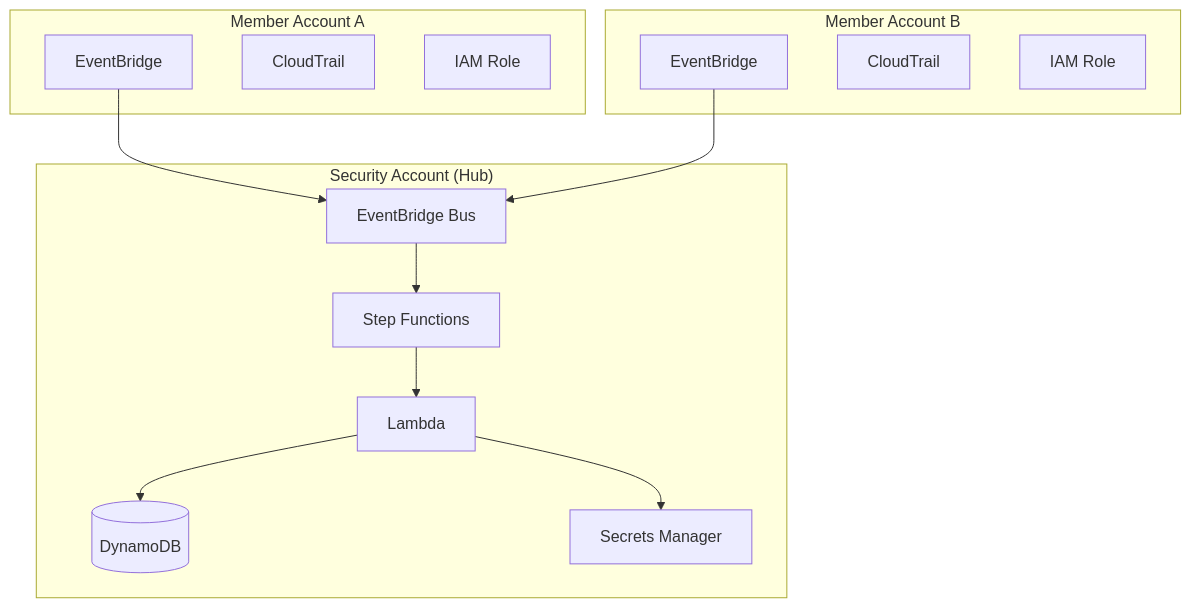
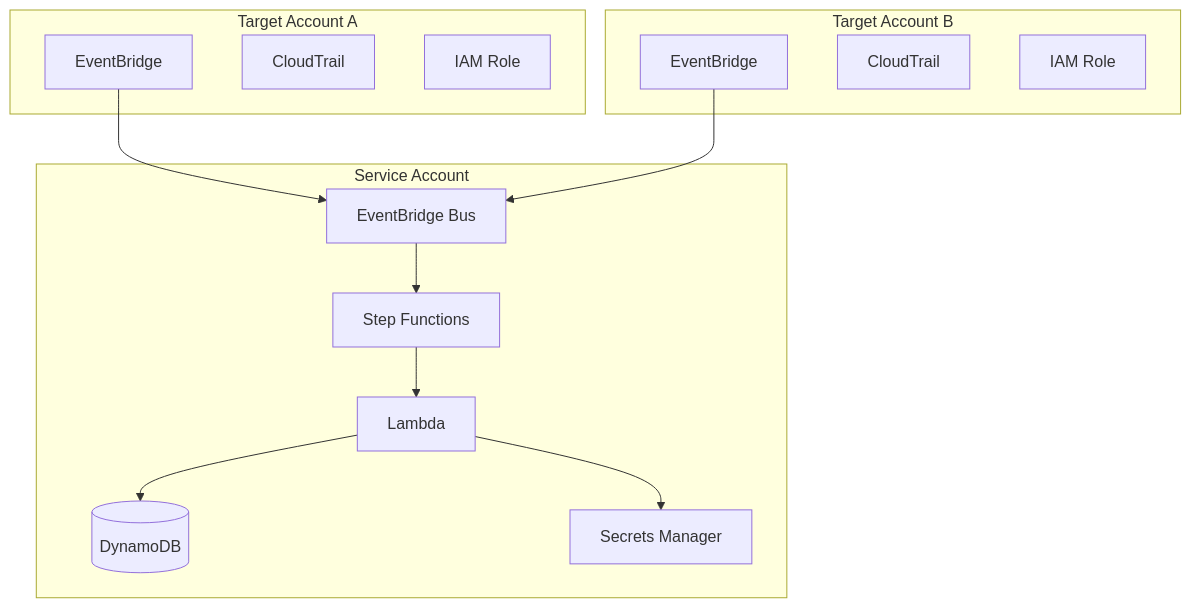
Before and after one commit to nelssec/qualys-fargate: the fourth of 5 diagrams in docs/blog-technical-architecture.md, drawn with Mermaid. The commit also changed other lines of this file and 6 other files, not shown here.

````diff
--- a/docs/blog-technical-architecture.md
+++ b/docs/blog-technical-architecture.md
@@ -193,28 +207,28 @@
 ```mermaid
 flowchart TB
-    subgraph hub["Security Account (Hub)"]
+    subgraph service["Service Account"]
         BUS[EventBridge Bus]
         SF[Step Functions]
         LAMBDA[Lambda]
         DDB[(DynamoDB)]
         SM[Secrets Manager]
     end
 
-    subgraph spoke1["Member Account A"]
+    subgraph target1["Target Account A"]
         EB1[EventBridge]
         CT1[CloudTrail]
         ROLE1[IAM Role]
     end
 
-    subgraph spoke2["Member Account B"]
+    subgraph target2["Target Account B"]
         EB2[EventBridge]
         CT2[CloudTrail]
         ROLE2[IAM Role]
     end
 
     EB1 --> BUS
     EB2 --> BUS
     BUS --> SF --> LAMBDA
     LAMBDA --> DDB
     LAMBDA --> SM
 ```
````
